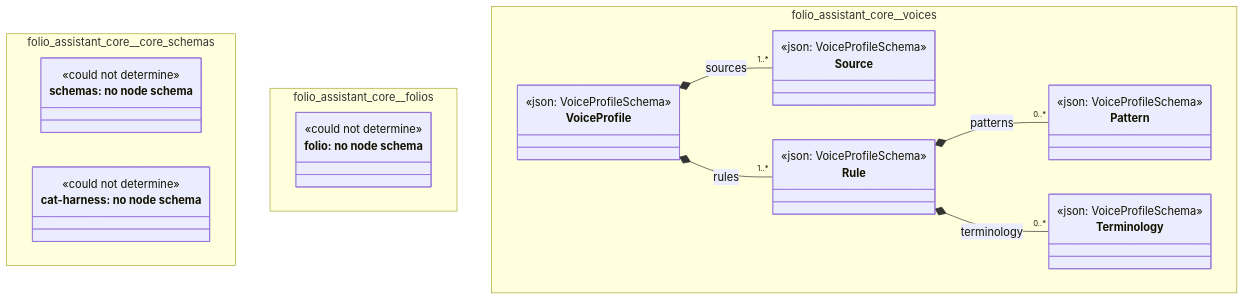
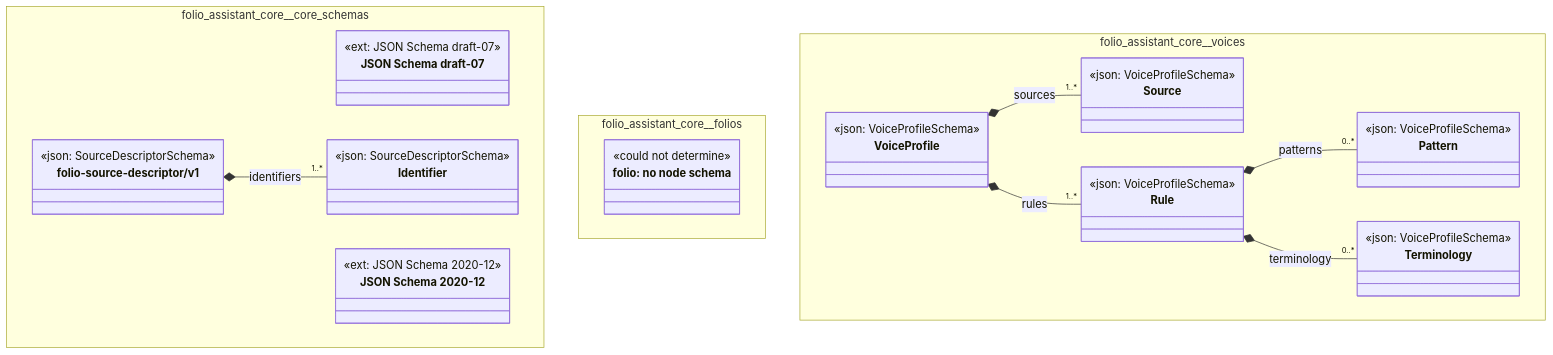
One commit to litlfred/folio-assistant changed the diagram in cat-harness/docs/uml/overview/folio-assistant-core.md. Above: the diagram before and after it, drawn with Mermaid. The commit also changed other lines of this file and 220 other files, not shown here.

First line of the commit message:
quda: register node schemas for the graph kinds that had none

````diff
--- a/cat-harness/docs/uml/overview/folio-assistant-core.md
+++ b/cat-harness/docs/uml/overview/folio-assistant-core.md
@@ -12,49 +12,56 @@
 ```mermaid
 classDiagram
   direction TB
   namespace folio_assistant_core__core_schemas {
-    class n_folio_assistant_core_core_schemas_schemas["schemas: no node schema"] {
-      <<could not determine>>
+    class folio_assistant_core_core_schemas_http___json_schema_org_draft_07_schema_["JSON Schema draft-07"] {
+      <<ext: JSON Schema draft-07>>
     }
-    class n_folio_assistant_core_core_schemas_cat_harness["cat-harness: no node schema"] {
-      <<could not determine>>
+    class folio_assistant_core_core_schemas_https___json_schema_org_draft_2020_12_schema["JSON Schema 2020-12"] {
+      <<ext: JSON Schema 2020-12>>
+    }
+    class folio_assistant_core_core_schemas_folio_source_descriptor_v1_Identifier["Identifier"] {
+      <<json: SourceDescriptorSchema>>
+    }
+    class folio_assistant_core_core_schemas_folio_source_descriptor_v1_folio_source_descriptor_v1["folio-source-descriptor/v1"] {
+      <<json: SourceDescriptorSchema>>
     }
   }
   namespace folio_assistant_core__folios {
     class n_folio_assistant_core_folios_folio["folio: no node schema"] {
       <<could not determine>>
     }
   }
   namespace folio_assistant_core__voices {
     class folio_assistant_core_voices_Source["Source"] {
       <<json: VoiceProfileSchema>>
     }
     class folio_assistant_core_voices_Pattern["Pattern"] {
       <<json: VoiceProfileSchema>>
     }
     class folio_assistant_core_voices_Terminology["Terminology"] {
       <<json: VoiceProfileSchema>>
     }
     class folio_assistant_core_voices_Rule["Rule"] {
       <<json: VoiceProfileSchema>>
     }
     class folio_assistant_core_voices_VoiceProfile["VoiceProfile"] {
       <<json: VoiceProfileSchema>>
     }
   }
-  cssClass "n_folio_assistant_core_core_schemas_schemas" fa_uml_kind_schemas
-  cssClass "n_folio_assistant_core_core_schemas_schemas" fa_uml_undetermined
-  cssClass "n_folio_assistant_core_core_schemas_cat_harness" fa_uml_kind_cat_harness
-  cssClass "n_folio_assistant_core_core_schemas_cat_harness" fa_uml_undetermined
+  folio_assistant_core_core_schemas_folio_source_descriptor_v1_folio_source_descriptor_v1 *-- "1..*" folio_assistant_core_core_schemas_folio_source_descriptor_v1_Identifier : identifiers
+  cssClass "folio_assistant_core_core_schemas_http___json_schema_org_draft_07_schema_" fa_uml_kind_schemas
+  cssClass "folio_assistant_core_core_schemas_https___json_schema_org_draft_2020_12_schema" fa_uml_kind_schemas
+  cssClass "folio_assistant_core_core_schemas_folio_source_descriptor_v1_Identifier" fa_uml_kind_schemas
+  cssClass "folio_assistant_core_core_schemas_folio_source_descriptor_v1_folio_source_descriptor_v1" fa_uml_kind_schemas
   cssClass "n_folio_assistant_core_folios_folio" fa_uml_kind_folio
   cssClass "n_folio_assistant_core_folios_folio" fa_uml_undetermined
   folio_assistant_core_voices_VoiceProfile *-- "1..*" folio_assistant_core_voices_Source : sources
   folio_assistant_core_voices_Rule *-- "0..*" folio_assistant_core_voices_Pattern : patterns
   folio_assistant_core_voices_Rule *-- "0..*" folio_assistant_core_voices_Terminology : terminology
   folio_assistant_core_voices_VoiceProfile *-- "1..*" folio_assistant_core_voices_Rule : rules
   cssClass "folio_assistant_core_voices_Source" fa_uml_kind_voices
   cssClass "folio_assistant_core_voices_Pattern" fa_uml_kind_voices
   cssClass "folio_assistant_core_voices_Terminology" fa_uml_kind_voices
   cssClass "folio_assistant_core_voices_Rule" fa_uml_kind_voices
   cssClass "folio_assistant_core_voices_VoiceProfile" fa_uml_kind_voices
 ```
````
